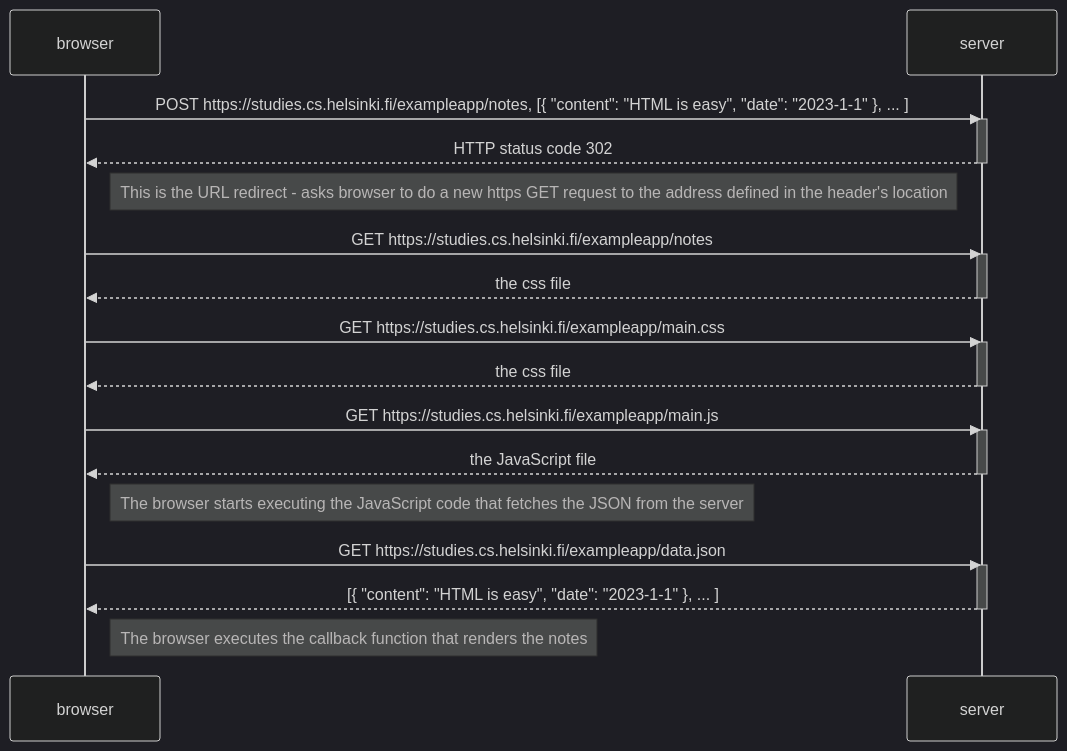
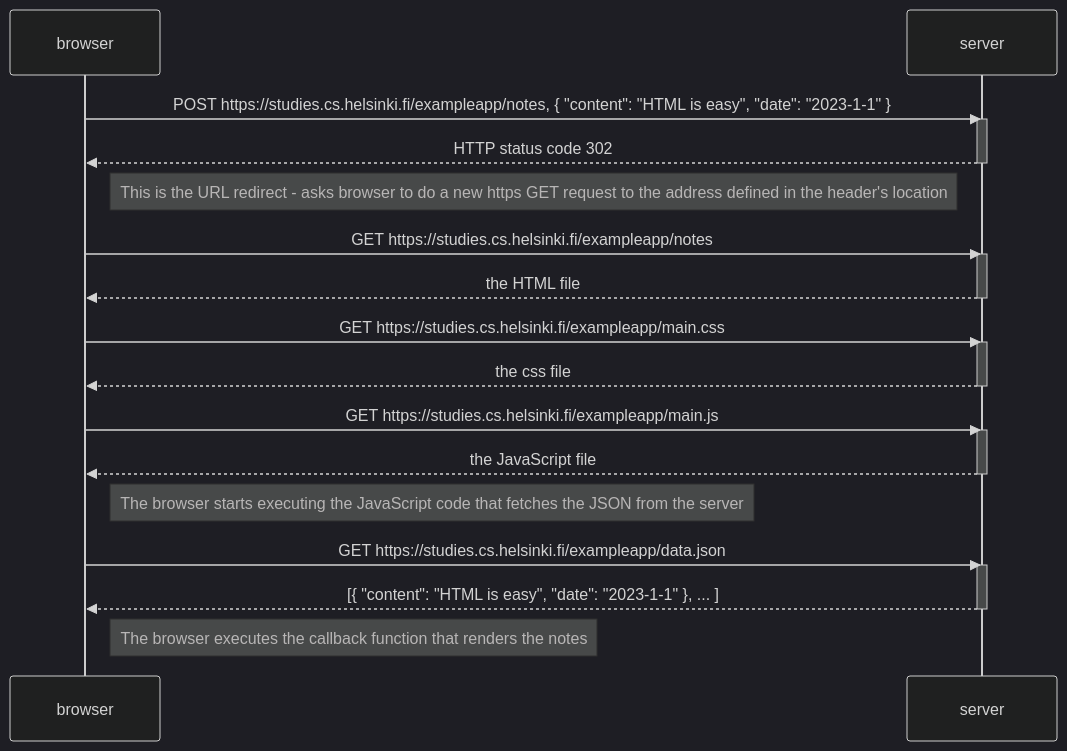
One commit to hoaingodong/ReactJS changed the diagram in part0/ex0.4.md. Above: the diagram before and after it, drawn with Mermaid (dark theme). The commit also changed 1 other file, not shown here.

Commit message:
fix: fix ex0.4, 0.6

````diff
--- a/part0/ex0.4.md
+++ b/part0/ex0.4.md
@@ -1,37 +1,37 @@
 ```mermaid
 
 sequenceDiagram
     participant browser
     participant server
 
-    browser->>server: POST https://studies.cs.helsinki.fi/exampleapp/notes, [{ "content": "HTML is easy", "date": "2023-1-1" }, ... ]
+    browser->>server: POST https://studies.cs.helsinki.fi/exampleapp/notes, { "content": "HTML is easy", "date": "2023-1-1" }
     activate server 
     server-->>browser: HTTP status code 302
     deactivate server
 
     Note right of browser: This is the URL redirect - asks browser to do a new https GET request to the address defined in the header's location
 
     browser->>server: GET https://studies.cs.helsinki.fi/exampleapp/notes
     activate server
-    server-->>browser: the css file
+    server-->>browser: the HTML file
     deactivate server
 
     browser->>server: GET https://studies.cs.helsinki.fi/exampleapp/main.css
     activate server
     server-->>browser: the css file
     deactivate server
 
     browser->>server: GET https://studies.cs.helsinki.fi/exampleapp/main.js
     activate server
     server-->>browser: the JavaScript file
     deactivate server
 
     Note right of browser: The browser starts executing the JavaScript code that fetches the JSON from the server
 
     browser->>server: GET https://studies.cs.helsinki.fi/exampleapp/data.json
     activate server
     server-->>browser: [{ "content": "HTML is easy", "date": "2023-1-1" }, ... ]
     deactivate server
 
     Note right of browser: The browser executes the callback function that renders the notes
 ```
````
